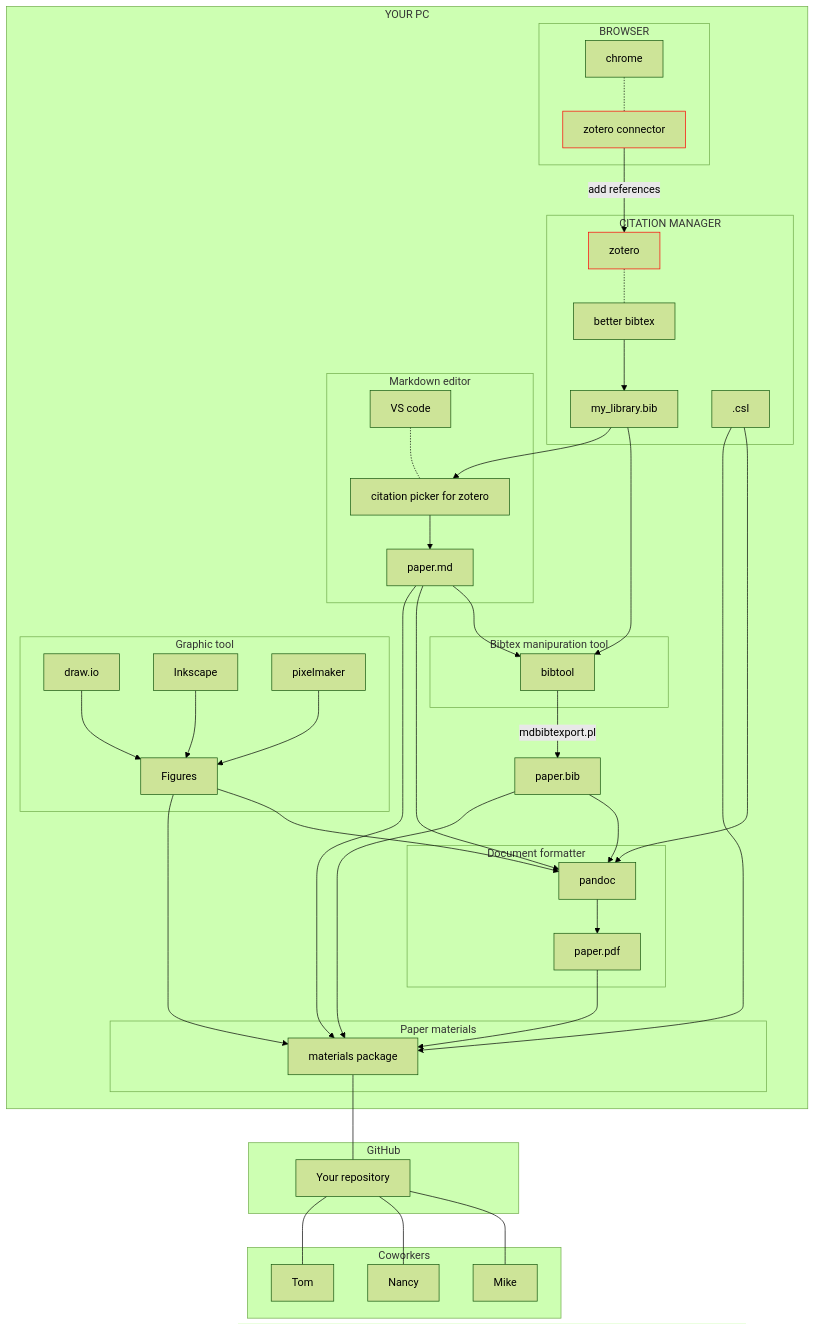
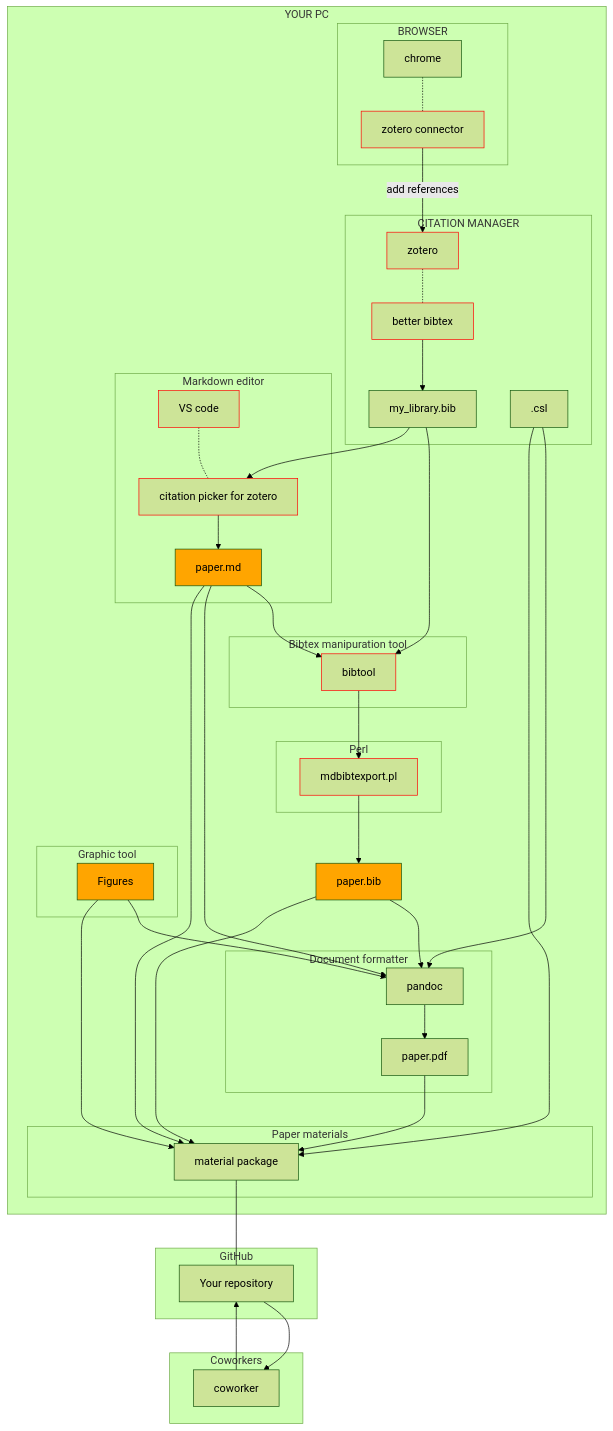
Before and after one commit to yamato97/science: the diagram in writing_paper.md, drawn with Mermaid (forest theme).

Commit message:
writing_paper updated

````diff
--- a/writing_paper.md
+++ b/writing_paper.md
@@ -17,12 +17,15 @@
 subgraph CITATION MANAGER
 C[zotero]-.-D[better bibtex]
 click C "https://www.zotero.org"
+click D "https://retorque.re/zotero-better-bibtex/"
 D-->E[my_library.bib]
 I[<journal>.csl]
 end
 
 subgraph Markdown editor
 F[VS code]-.-G[citation picker for zotero]
+click F "https://code.visualstudio.com"
+click G "https://marketplace.visualstudio.com/items?itemName=mblode.zotero"
 G-->H[paper.md]
 end
 
@@ -32,20 +35,22 @@
 
 subgraph Bibtex manipuration tool
 AA[bibtool]
+click AA "http://www.gerd-neugebauer.de/software/TeX/BibTool/en/"
 end
 
 subgraph Graphic tool
-M[draw.io]
-K[Inkscape]
-O[pixelmaker]
-M-->P[Figures]
-K-->P
-O-->P
+P[Figures]
+end
+
+subgraph Perl
+AAA[mdbibtexport.pl]
+click AAA "https://github.com/robert-winkler/mdbibexport"
 end
 
 E-->AA
 H-->AA
-AA-->|"mdbibtexport.pl"|N[paper.bib]
+AA-->AAA
+AAA-->N[paper.bib]
 B-->|"add references"|C
 E-->G
 
@@ -55,7 +60,7 @@
 N-->J
 
 subgraph Paper materials
-A3[materials package]
+A3[material package]
 end
 
 H-->A3
@@ -71,16 +76,21 @@
 end
 
 subgraph Coworkers
-A2[Mike]
-B2[Nancy]
-C2[Tom]
+A2[coworker]
 end
 
 A3---A1
-A1---A2
-A1---B2
-A1---C2
+A1-->A2
+A2-->A1
 
 style B stroke: red
 style C stroke: red
+style D stroke: red
+style F stroke: red
+style G stroke: red
+style AA stroke: red
+style AAA stroke: red
+style H fill:orange
+style N fill:orange
+style P fill:orange
 ```
````
